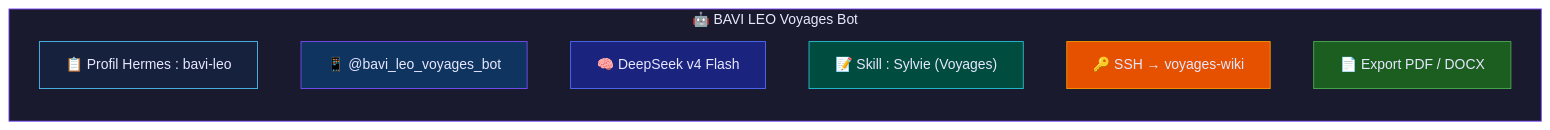
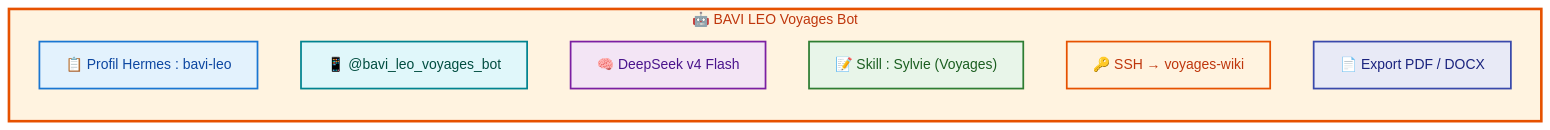
Before and after one commit to christophedanhier-hash/hermes-wiki: the second of 3 diagrams in docs/hermes/architecture-communication.md, drawn with Mermaid. The commit also changed other lines of this file, not shown here.

Commit message:
mermaid: couleurs claires, bordures epaisses (2-3px), lignes visibles

````diff
--- a/docs/hermes/architecture-communication.md
+++ b/docs/hermes/architecture-communication.md
@@ -45,20 +46,20 @@
 ``` mermaid
 flowchart LR
     subgraph BOT["🤖 BAVI LEO Voyages Bot"]
         direction TB
         P["📋 Profil Hermes : bavi-leo"]
         B["📱 @bavi_leo_voyages_bot"]
         M["🧠 DeepSeek v4 Flash"]
         S["📝 Skill : Sylvie (Voyages)"]
         A["🔑 SSH → voyages-wiki"]
         E["📄 Export PDF / DOCX"]
     end
     
-    style BOT fill:#1a1a2e,stroke:#7c4dff,color:#e8e8ff
-    style P fill:#16213e,stroke:#4fc3f7,color:#e8e8ff
-    style B fill:#0f3460,stroke:#7c4dff,color:#e8e8ff
-    style M fill:#1a237e,stroke:#536dfe,color:#e8e8ff
-    style S fill:#004d40,stroke:#26c6da,color:#e8e8ff
-    style A fill:#e65100,stroke:#ff9800,color:#e8e8ff
-    style E fill:#1b5e20,stroke:#4caf50,color:#e8e8ff
+    style BOT fill:#fff3e0,stroke:#e65100,stroke-width:3px,color:#bf360c
+    style P fill:#e3f2fd,stroke:#1976d2,stroke-width:2px,color:#0d47a1
+    style B fill:#e0f7fa,stroke:#00838f,stroke-width:2px,color:#004d40
+    style M fill:#f3e5f5,stroke:#7b1fa2,stroke-width:2px,color:#4a148c
+    style S fill:#e8f5e9,stroke:#2e7d32,stroke-width:2px,color:#1b5e20
+    style A fill:#fff3e0,stroke:#e65100,stroke-width:2px,color:#bf360c
+    style E fill:#e8eaf6,stroke:#3949ab,stroke-width:2px,color:#1a237e
 ```
````
